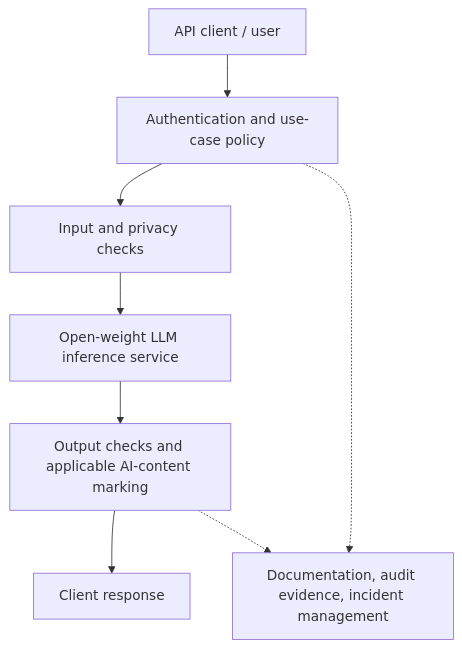
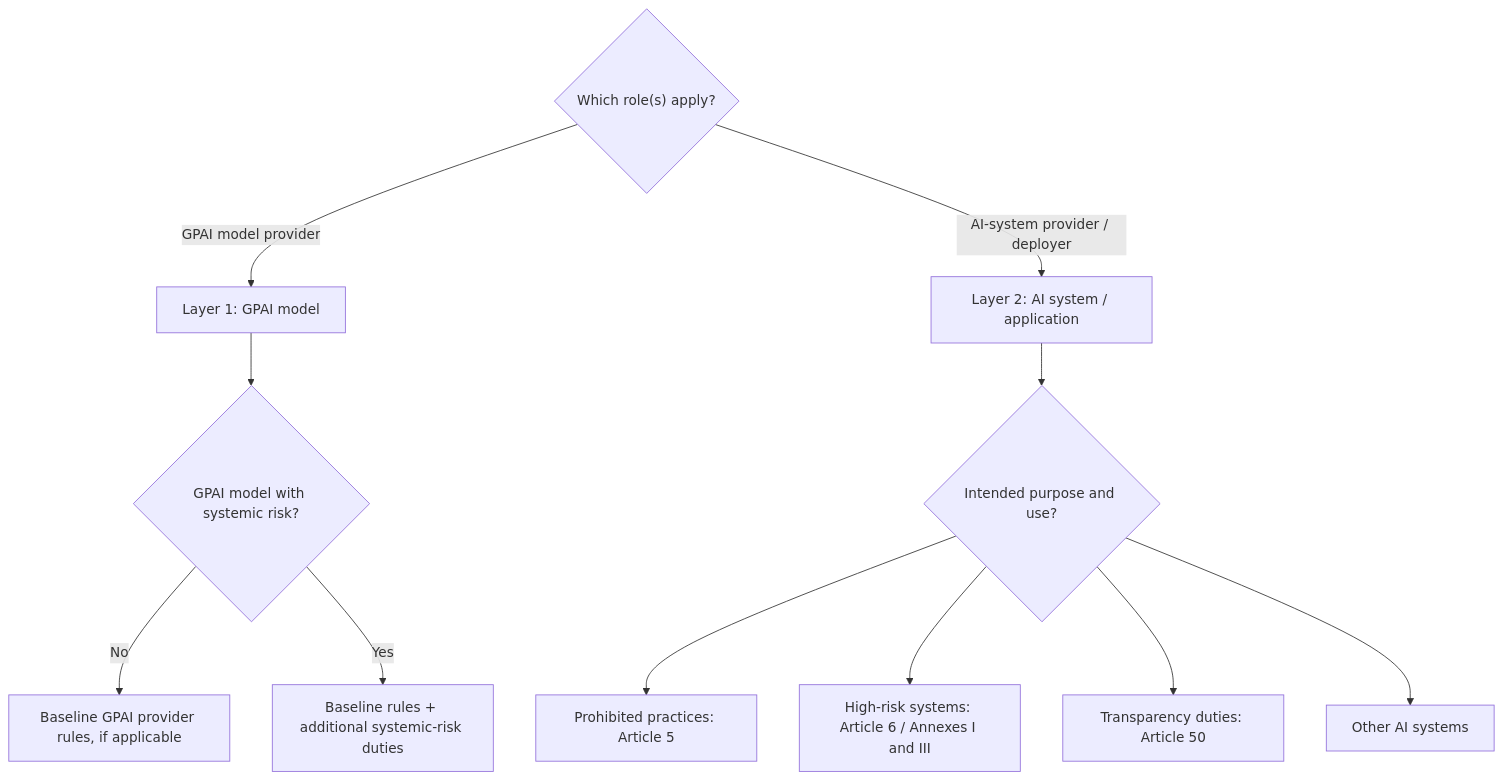
The diagram in docs/regulizations.md (guowei-cn/AIGovernmentShelter), drawn with Mermaid before and after one commit. The commit also changed other lines of this file, not shown here.

````diff
--- a/docs/regulizations.md
+++ b/docs/regulizations.md
@@ -111,10 +11,14 @@
 ```mermaid
 flowchart TD
-  A[API client / user] --> B[Authentication and use-case policy]
-  B --> C[Input and privacy checks]
-  C --> D[Open-weight LLM inference service]
-  D --> E[Output checks and applicable AI-content marking]
-  E --> F[Client response]
-  B -.-> G[Documentation, audit evidence, incident management]
-  E -.-> G
+    A{"Which role(s) apply?"}
+    A -->|GPAI model provider| B[Layer 1: GPAI model]
+    A -->|AI-system provider / deployer| C[Layer 2: AI system / application]
+    B --> D{GPAI model with systemic risk?}
+    D -->|No| E[Baseline GPAI provider rules, if applicable]
+    D -->|Yes| F[Baseline rules + additional systemic-risk duties]
+    C --> G{Intended purpose and use?}
+    G --> H[Prohibited practices: Article 5]
+    G --> I[High-risk systems: Article 6 / Annexes I and III]
+    G --> J[Transparency duties: Article 50]
+    G --> K[Other AI systems]
 ```
````
